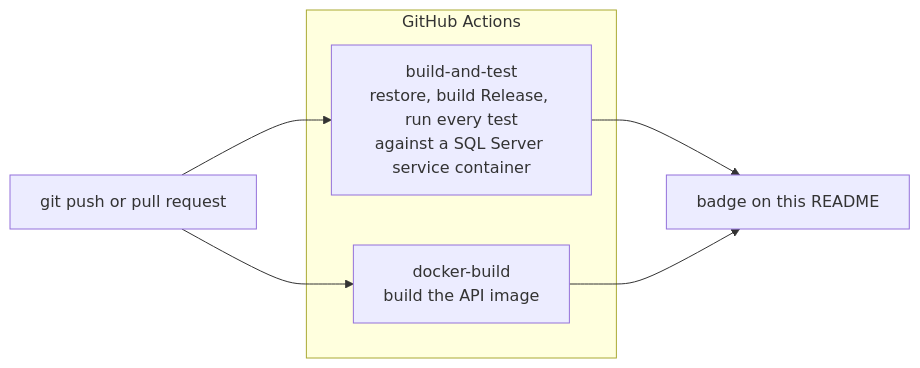
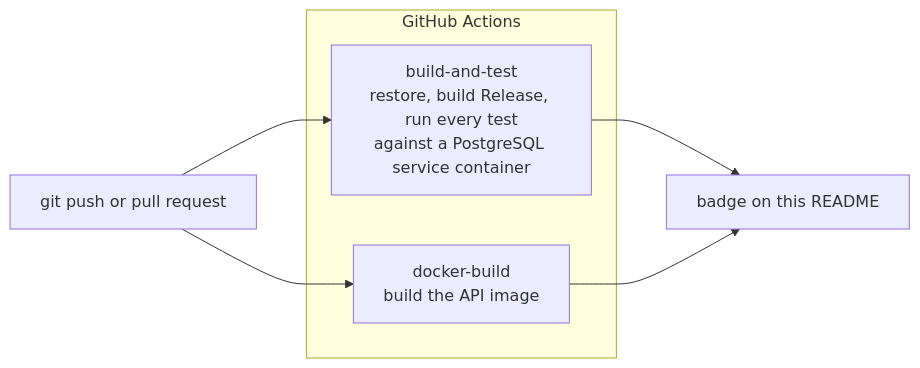
The sixth of 6 diagrams in README.md (shawaiz12/Creator_Analysis_App), drawn with Mermaid before and after one commit. The commit also changed other lines of this file and 3 other files, not shown here.

Commit message:
Document the switch to PostgreSQL (ADR 0007) and update the README

````diff
--- a/README.md
+++ b/README.md
@@ -303,13 +303,13 @@
 ```mermaid
 flowchart LR
     Push["git push or pull request"] --> J1
     Push --> J2
 
     subgraph Actions["GitHub Actions"]
-        J1["build-and-test<br/>restore, build Release, run every test<br/>against a SQL Server service container"]
+        J1["build-and-test<br/>restore, build Release, run every test<br/>against a PostgreSQL service container"]
         J2["docker-build<br/>build the API image"]
     end
 
     J1 --> Badge["badge on this README"]
     J2 --> Badge
 ```
````
